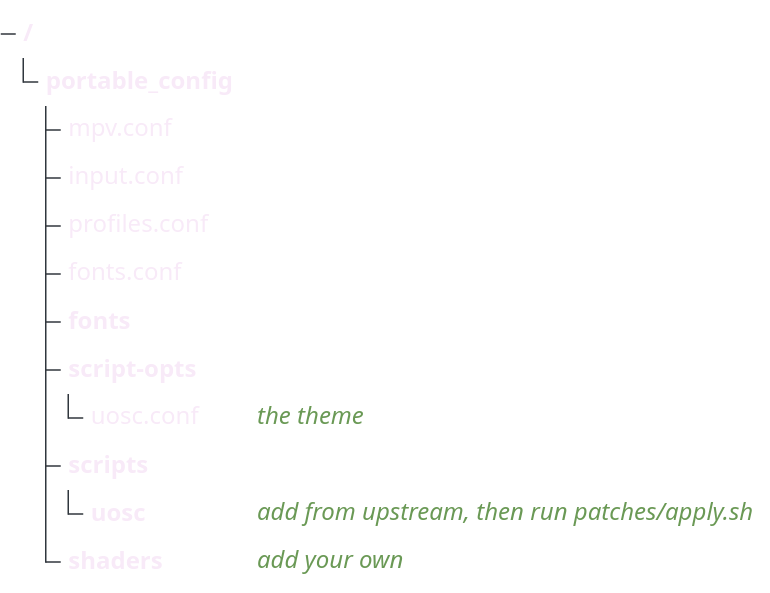
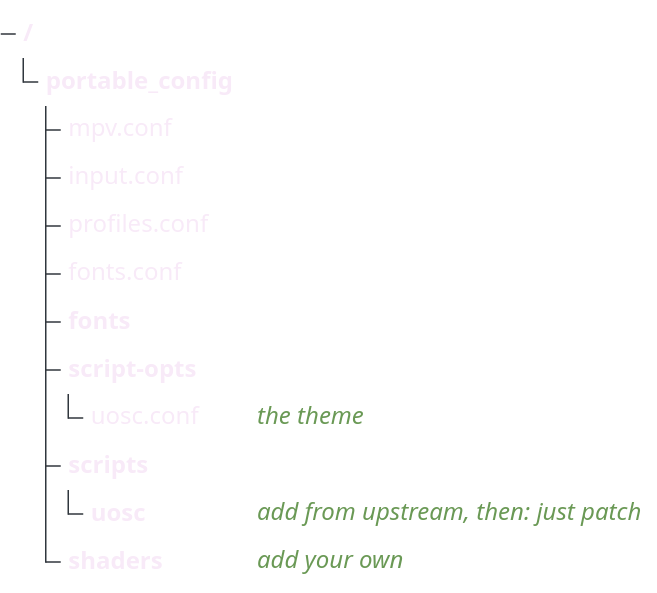
The first of 2 diagrams in README.md (v-amorim/mpv), drawn with Mermaid before and after one commit. The commit also changed other lines of this file and 5 other files, not shown here.

````diff
--- a/README.md
+++ b/README.md
@@ -18,15 +49,15 @@
 ```mermaid
 %%{init: {"theme": "base", "themeVariables": {"darkMode": true, "background": "#0d0e17", "textColor": "#f8eaf8", "treeView": {"labelColor": "#f8eaf8", "lineColor": "#30363d", "iconColor": "#8b949e"}}}}%%
 treeView-beta
 portable_config/
     mpv.conf
     input.conf
     profiles.conf
     fonts.conf
     fonts/
     script-opts/
         uosc.conf ## the theme
     scripts/
-        uosc/ ## add from upstream, then run patches/apply.sh
+        uosc/ ## add from upstream, then: just patch
     shaders/ ## add your own
 ```
````
